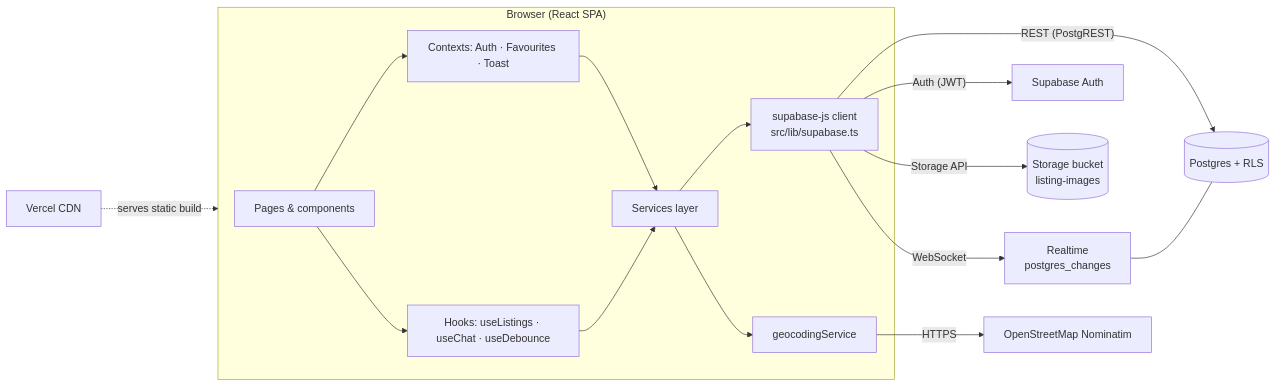
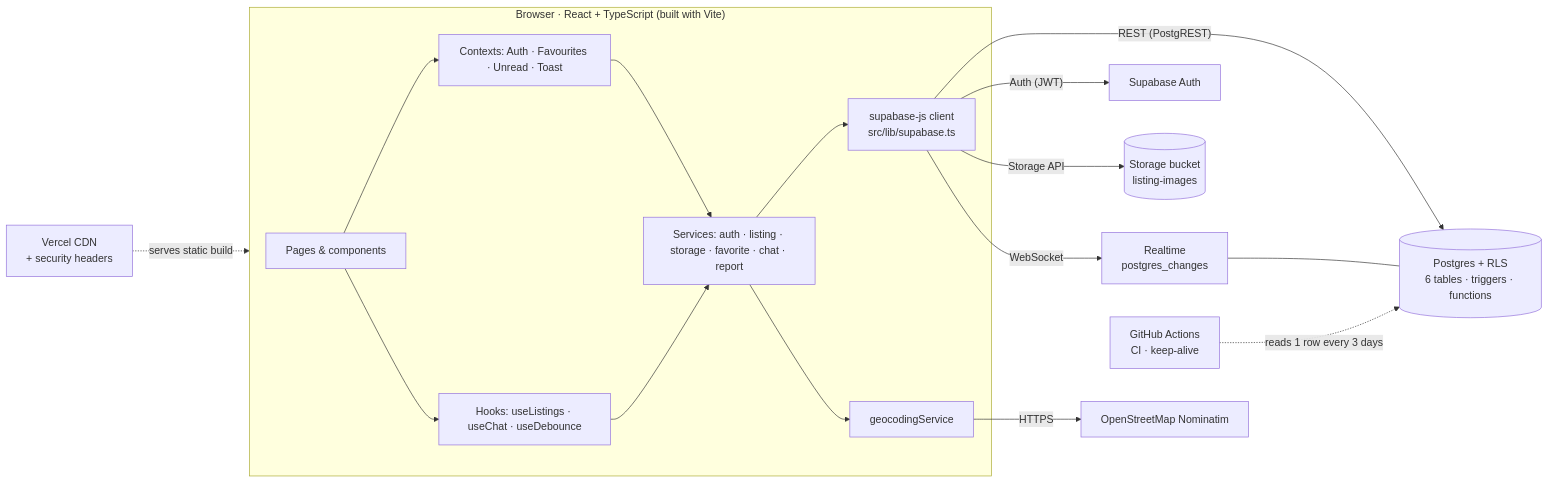
One commit to shashankcsrao-byte/campus-marketplace changed the first of 2 diagrams in README.md. Above: the diagram before and after it, drawn with Mermaid. The commit also changed other lines of this file, not shown here.

First line of the commit message:
docs: current architecture and full database diagram in README

````diff
--- a/README.md
+++ b/README.md
@@ -41,18 +41,19 @@
 ```mermaid
 flowchart LR
-  subgraph Browser["Browser (React SPA)"]
-    UI[Pages & components] --> Ctx[Contexts: Auth · Favourites · Toast]
+  subgraph Browser["Browser · React + TypeScript (built with Vite)"]
+    UI[Pages & components] --> Ctx[Contexts: Auth · Favourites · Unread · Toast]
     UI --> Hooks[Hooks: useListings · useChat · useDebounce]
-    Hooks --> Svc[Services layer]
+    Hooks --> Svc[Services: auth · listing · storage · favorite · chat · report]
     Ctx --> Svc
     Svc --> SB[supabase-js client<br/>src/lib/supabase.ts]
     Svc --> Geo[geocodingService]
   end
-  SB -- "REST (PostgREST)" --> PG[(Postgres + RLS)]
+  SB -- "REST (PostgREST)" --> PG[(Postgres + RLS<br/>6 tables · triggers · functions)]
   SB -- "Auth (JWT)" --> AUTH[Supabase Auth]
   SB -- "Storage API" --> ST[(Storage bucket<br/>listing-images)]
   SB -- "WebSocket" --> RT[Realtime<br/>postgres_changes]
   RT --- PG
   Geo -- HTTPS --> NOM[OpenStreetMap Nominatim]
-  Vercel[Vercel CDN] -. serves static build .-> Browser
+  Vercel[Vercel CDN<br/>+ security headers] -. serves static build .-> Browser
+  GH[GitHub Actions<br/>CI · keep-alive] -. "reads 1 row every 3 days" .-> PG
 ```
````
